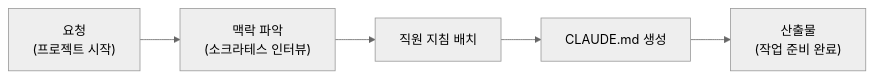
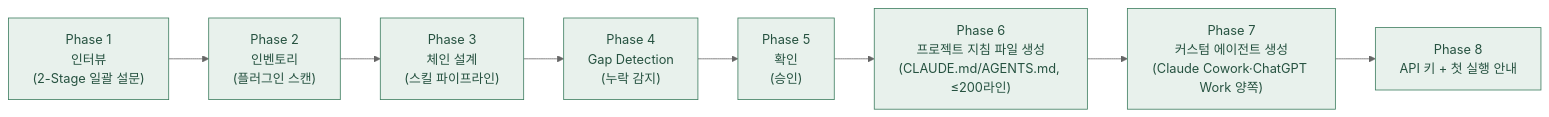
One commit to modu-ai/cowork-plugins changed the diagram in www/content/moai-agents/pm.md. Above: the diagram before and after it, drawn with Mermaid (neutral theme). The commit also changed other lines of this file and 73 other files, not shown here.

````diff
--- a/www/content/moai-agents/pm.md
+++ b/www/content/moai-agents/pm.md
@@ -16,7 +34,13 @@
 ```mermaid
 flowchart LR
-   A["요청<br/>(프로젝트 시작)"] --> B["맥락 파악<br/>(소크라테스 인터뷰)"]
-   B --> C["직원 지침 배치"]
-   C --> D["CLAUDE.md 생성"]
-   D --> E["산출물<br/>(작업 준비 완료)"]
+   A["Phase 1<br/>인터뷰<br/>(2-Stage 일괄 설문)"] --> B["Phase 2<br/>인벤토리<br/>(플러그인 스캔)"]
+   B --> C["Phase 3<br/>체인 설계<br/>(스킬 파이프라인)"]
+   C --> D["Phase 4<br/>Gap Detection<br/>(누락 감지)"]
+   D --> E["Phase 5<br/>확인<br/>(승인)"]
+   E --> F["Phase 6<br/>프로젝트 지침 파일 생성<br/>(CLAUDE.md/AGENTS.md, ≤200라인)"]
+   F --> G["Phase 7<br/>커스텀 에이전트 생성<br/>(Claude Cowork·ChatGPT Work 양쪽)"]
+   G --> H["Phase 8<br/>API 키 + 첫 실행 안내"]
+
+   classDef default fill:#e8f1ec,stroke:#3d7d5f,color:#265240
+   class A,B,C,D,E,F,G,H default
 ```
````
